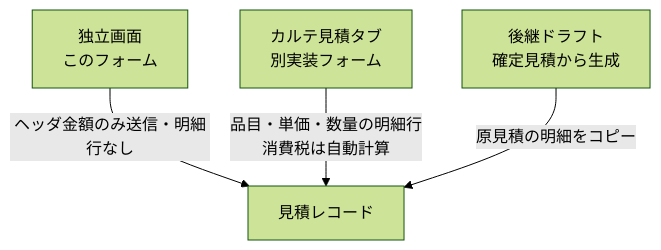
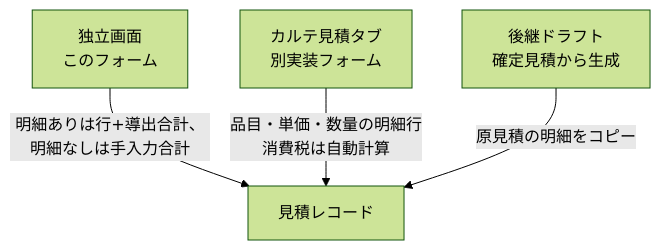
One commit to MinoruSoga/AnimalEkarte changed the diagram in docs/spec/screens/23-estimate-form.md. Above: the diagram before and after it, drawn with Mermaid (forest theme). The commit also changed other lines of this file and 17 other files, not shown here.

````diff
--- a/docs/spec/screens/23-estimate-form.md
+++ b/docs/spec/screens/23-estimate-form.md
@@ -39,9 +43,9 @@
 ```mermaid
 flowchart TB
     A["独立画面<br>このフォーム"]
     B["カルテ見積タブ<br>別実装フォーム"]
     C["後継ドラフト<br>確定見積から生成"]
-    A -->|ヘッダ金額のみ送信・明細行なし| E["見積レコード"]
+    A -->|明細ありは行+導出合計、明細なしは手入力合計| E["見積レコード"]
     B -->|品目・単価・数量の明細行<br>消費税は自動計算| E
     C -->|原見積の明細をコピー| E
 ```
````
